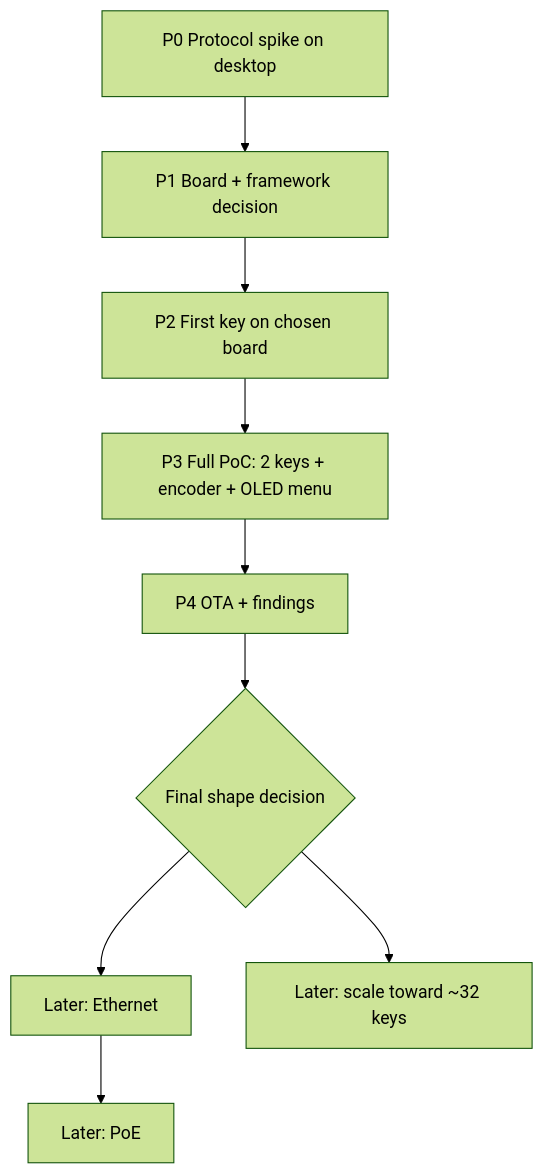
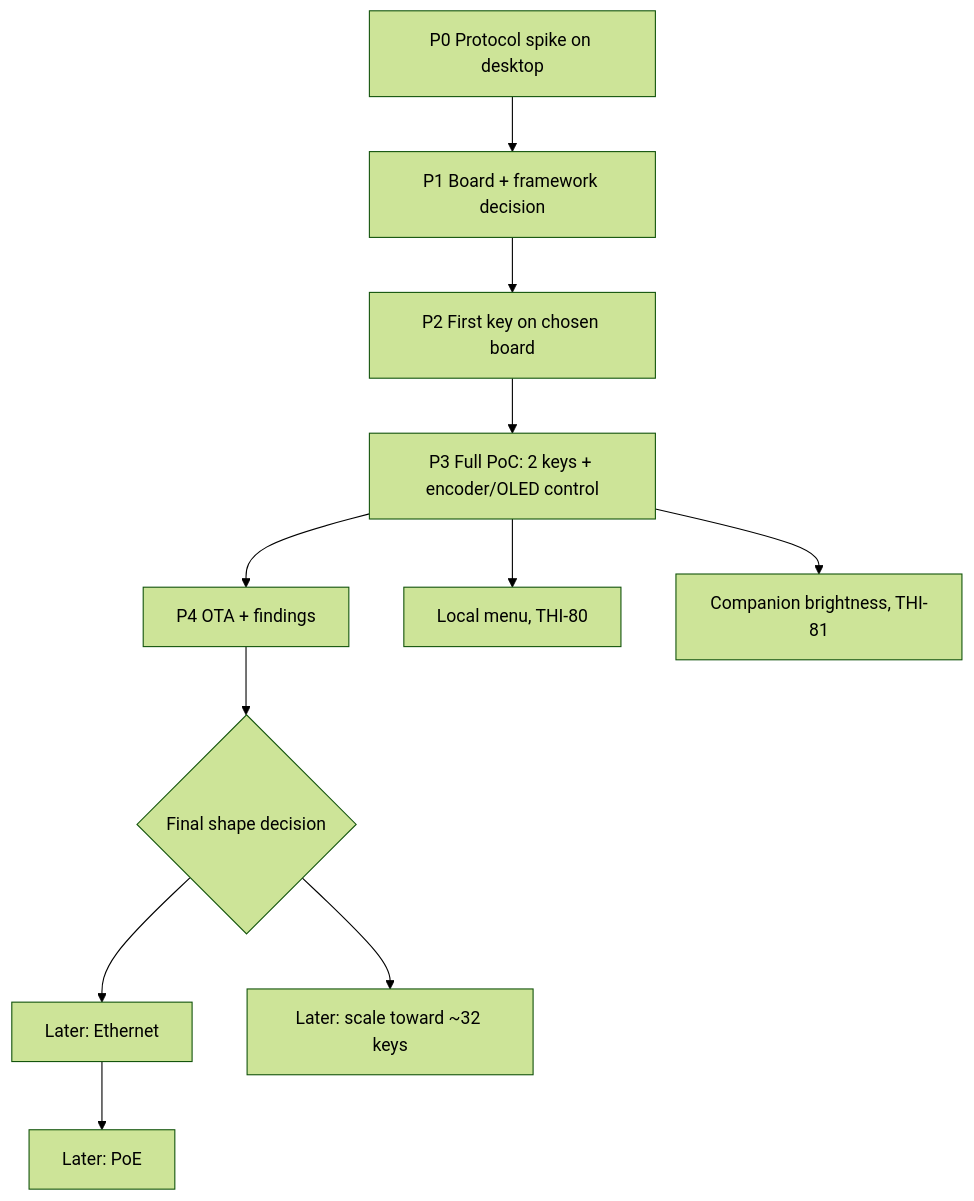
Before and after one commit to thiemok/opendeck-studio: the first of 7 diagrams in docs/plans/2026-11-13-1722-feat-companion-network-deck-poc-plan.md, drawn with Mermaid (forest theme). The commit also changed other lines of this file and 24 other files, not shown here.

First line of the commit message:
feat: two keys and the encoder/OLED work as one Companion surface (#6)

````diff
--- a/docs/plans/2026-11-13-1722-feat-companion-network-deck-poc-plan.md
+++ b/docs/plans/2026-11-13-1722-feat-companion-network-deck-poc-plan.md
@@ -99,11 +107,13 @@
 ```mermaid
 flowchart TB
   P0[P0 Protocol spike on desktop] --> P1[P1 Board + framework decision]
   P1 --> P2[P2 First key on chosen board]
-  P2 --> P3[P3 Full PoC: 2 keys + encoder + OLED menu]
+  P2 --> P3[P3 Full PoC: 2 keys + encoder/OLED control]
   P3 --> P4[P4 OTA + findings]
+  P3 --> M[Local menu, THI-80]
+  P3 --> B[Companion brightness, THI-81]
   P4 --> D{Final shape decision}
   D --> E[Later: Ethernet]
   E --> F[Later: PoE]
   D --> S[Later: scale toward ~32 keys]
 ```
````
